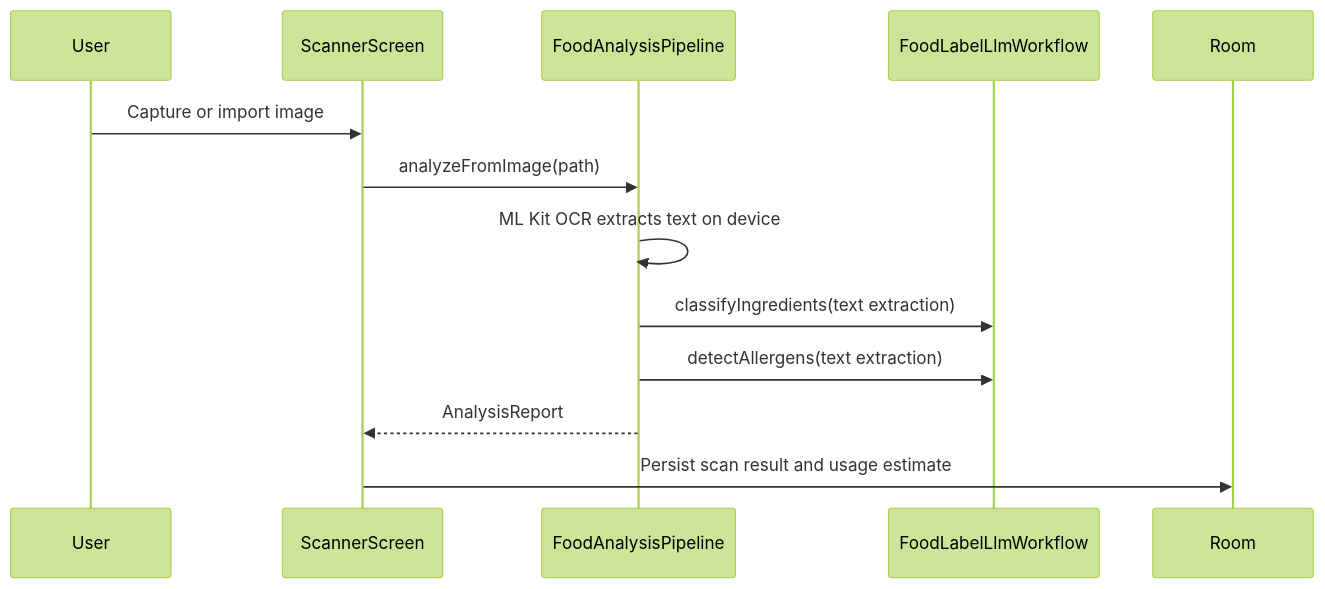
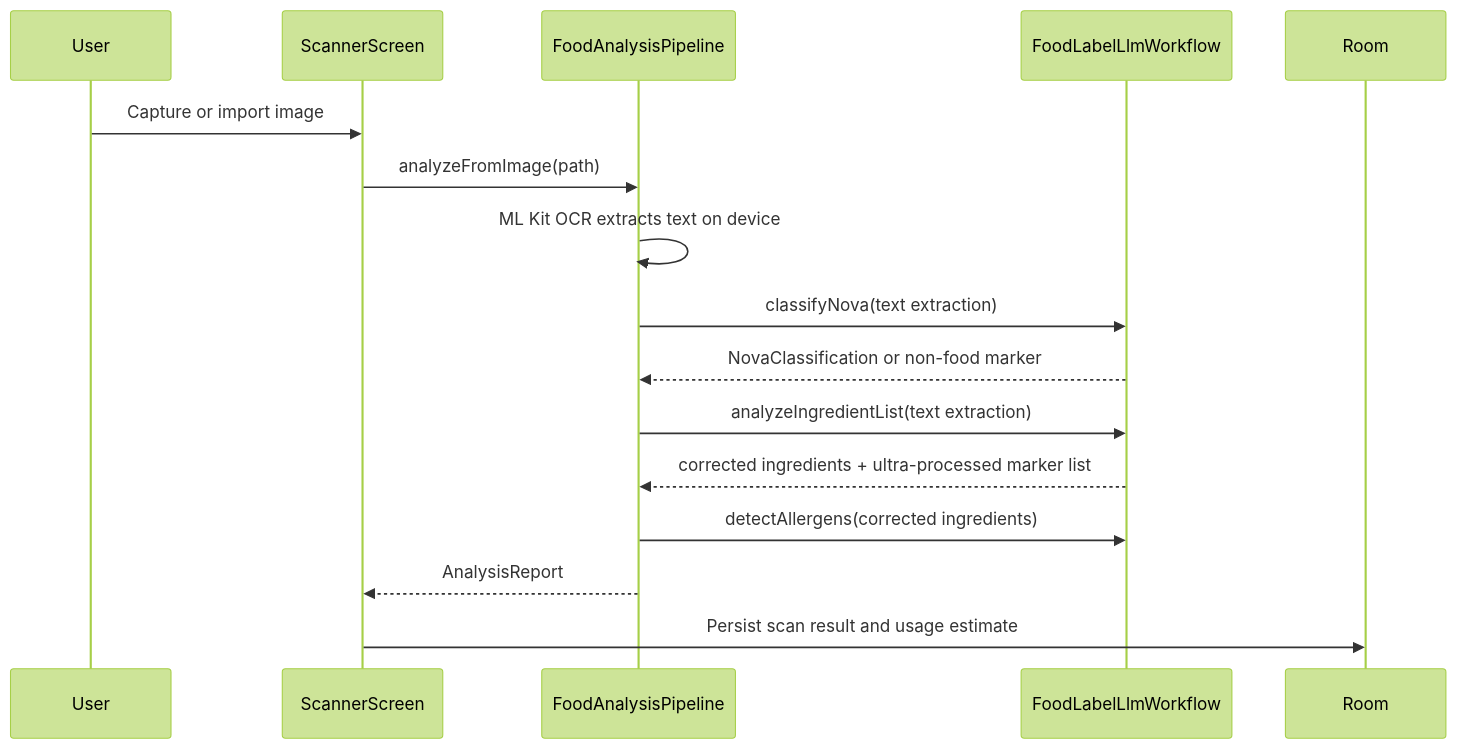
One commit to benevolentbandwidth/ultraprocessed changed the third of 5 diagrams in documentation/01-architecture.md. Above: the diagram before and after it, drawn with Mermaid (forest theme). The commit also changed other lines of this file and 19 other files, not shown here.

````diff
--- a/documentation/01-architecture.md
+++ b/documentation/01-architecture.md
@@ -52,16 +52,19 @@
 ```mermaid
 sequenceDiagram
     participant User
     participant Scanner as ScannerScreen
     participant Pipeline as FoodAnalysisPipeline
     participant LLM as FoodLabelLlmWorkflow
     participant Room
 
     User->>Scanner: Capture or import image
     Scanner->>Pipeline: analyzeFromImage(path)
     Pipeline->>Pipeline: ML Kit OCR extracts text on device
-    Pipeline->>LLM: classifyIngredients(text extraction)
-    Pipeline->>LLM: detectAllergens(text extraction)
+    Pipeline->>LLM: classifyNova(text extraction)
+    LLM-->>Pipeline: NovaClassification or non-food marker
+    Pipeline->>LLM: analyzeIngredientList(text extraction)
+    LLM-->>Pipeline: corrected ingredients + ultra-processed marker list
+    Pipeline->>LLM: detectAllergens(corrected ingredients)
     Pipeline-->>Scanner: AnalysisReport
     Scanner->>Room: Persist scan result and usage estimate
 ```
````
